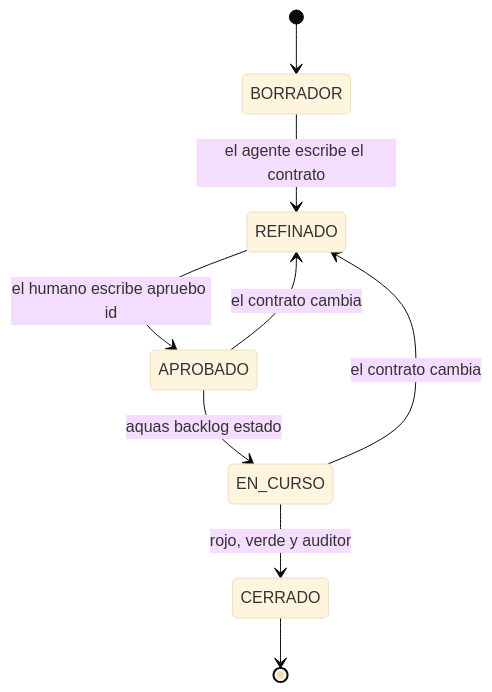
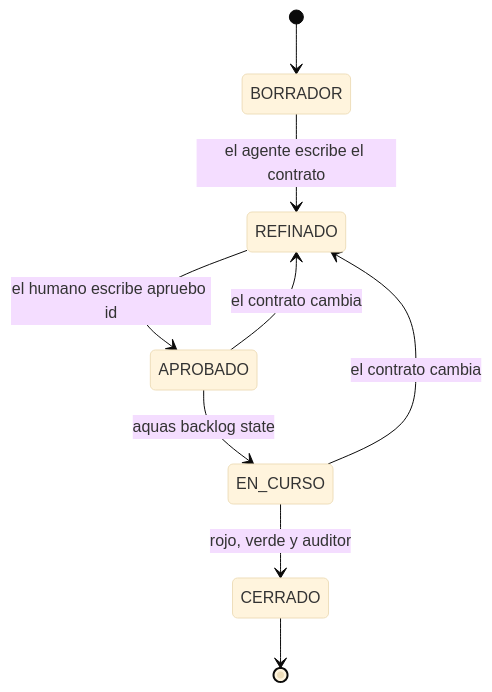
The second of 2 diagrams in docs/E001/F010/README.md (jliberal-aquas/aquas-central-harness-government), drawn with Mermaid (base theme) before and after one commit. The commit also changed other lines of this file and 184 other files, not shown here.

````diff
--- a/docs/E001/F010/README.md
+++ b/docs/E001/F010/README.md
@@ -42,11 +42,11 @@
 ```mermaid
 stateDiagram-v2
     [*] --> BORRADOR
     BORRADOR --> REFINADO: el agente escribe el contrato
     REFINADO --> APROBADO: el humano escribe apruebo id
     APROBADO --> REFINADO: el contrato cambia
-    APROBADO --> EN_CURSO: aquas backlog estado
+    APROBADO --> EN_CURSO: aquas backlog state
     EN_CURSO --> REFINADO: el contrato cambia
     EN_CURSO --> CERRADO: rojo, verde y auditor
     CERRADO --> [*]
 ```
````
